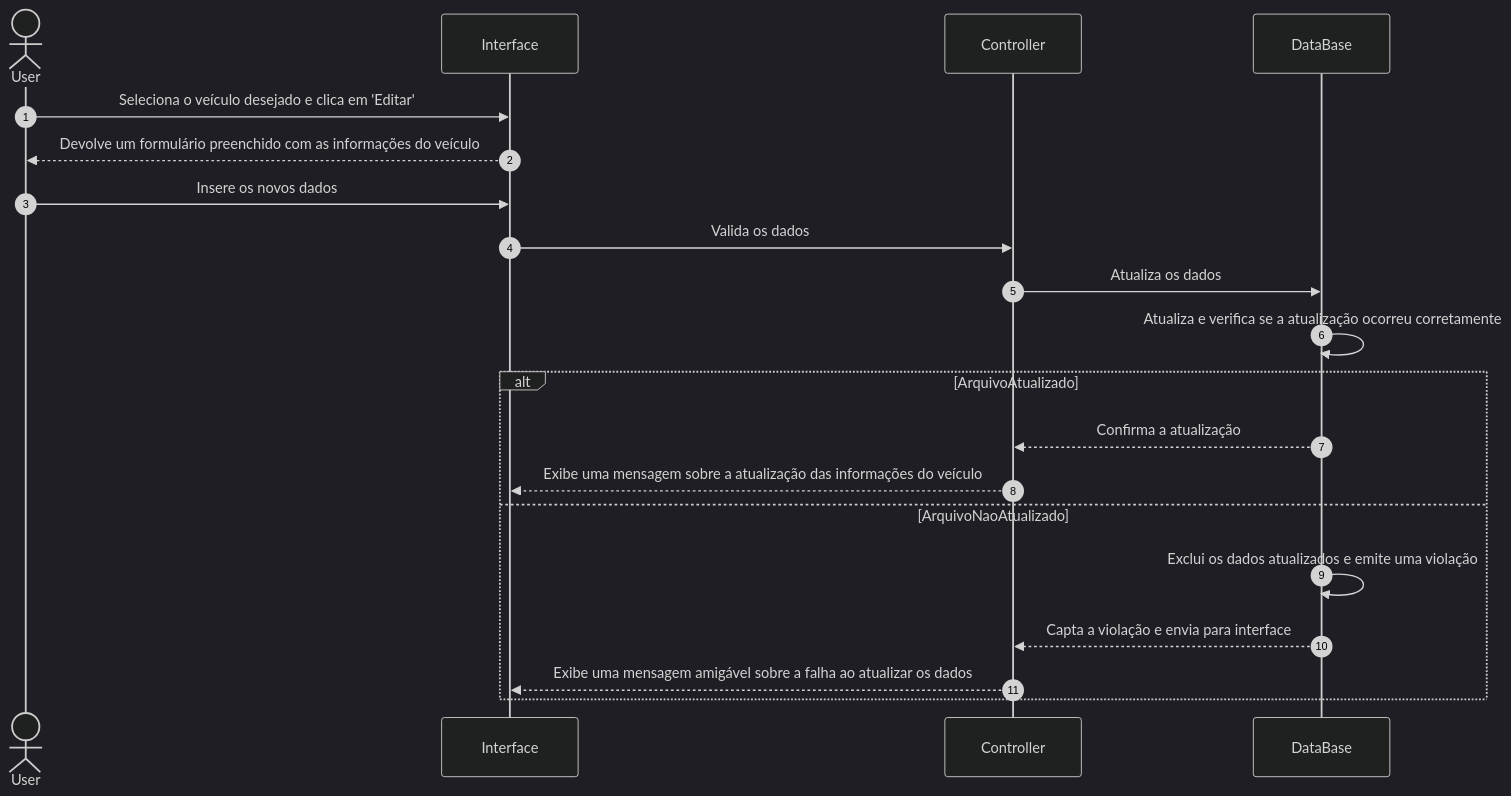
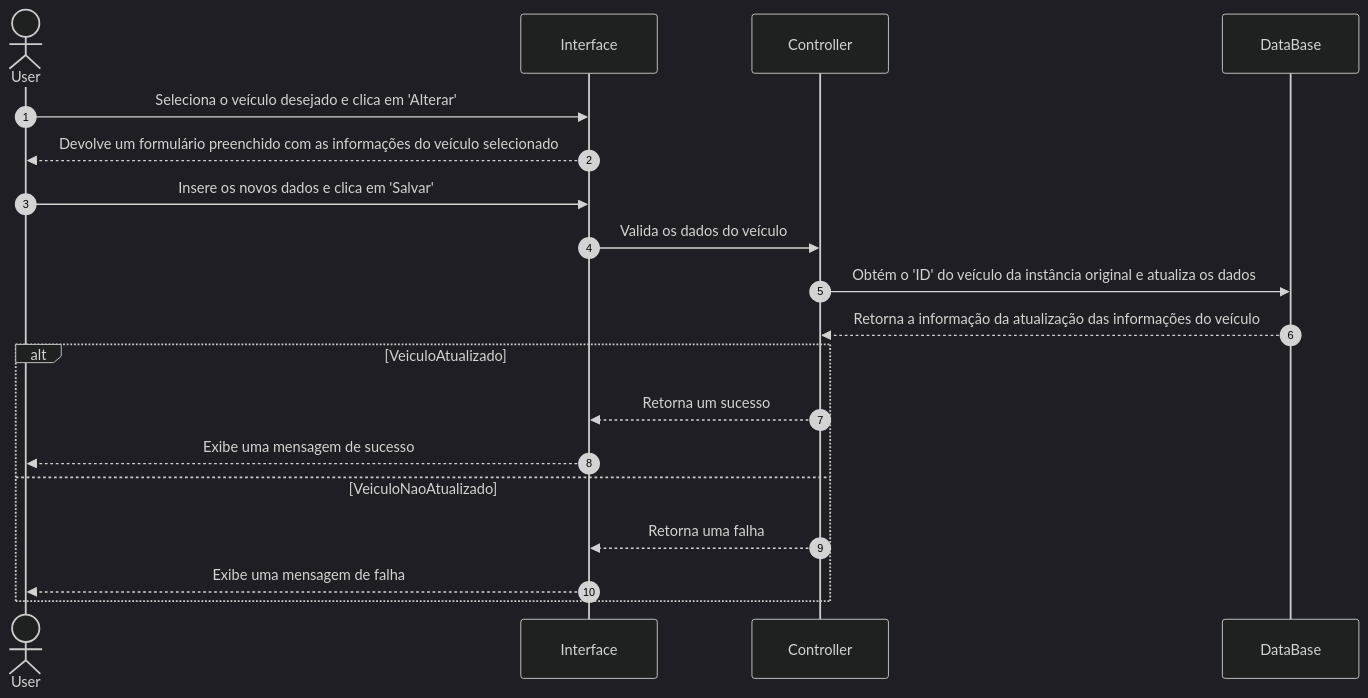
Before and after one commit to OieusouNoob/SistemaCadastroVeiculos: the second of 3 diagrams in README.md, drawn with Mermaid. The commit also changed other lines of this file and 2 other files, not shown here.

Commit message:
Correções: Correção de falhas lógicas na alteração e criação de veículo e nos diagramas de sequência

````diff
--- a/README.md
+++ b/README.md
@@ -50,36 +57,36 @@
 ```mermaid
 ---
 config: 
     theme: dark
 ---
 sequenceDiagram
     autonumber
 
     actor User
 
-    participant  Interface
-    participant  Controller
-    participant  DataBase
+    participant Interface
+    participant Controller
+    participant DataBase
 
-    User ->> Interface: Seleciona o veículo desejado e clica em 'Editar'
+    User ->> Interface: Seleciona o veículo desejado e clica em 'Alterar'
 
-    Interface -->> User: Devolve um formulário preenchido com as informações do veículo
+    Interface -->> User: Devolve um formulário preenchido com as informações do veículo selecionado
 
-    User ->> Interface: Insere os novos dados
-    Interface ->> Controller: Valida os dados
-    Controller ->> DataBase: Atualiza os dados
-    DataBase ->> DataBase: Atualiza e verifica se a atualização ocorreu corretamente
+    User ->> Interface: Insere os novos dados e clica em 'Salvar'
 
-    alt ArquivoAtualizado
+    Interface ->> Controller: Valida os dados do veículo
 
-        DataBase -->> Controller: Confirma a atualização
-        Controller -->> Interface: Exibe uma mensagem sobre a atualização das informações do veículo
-    
-    else ArquivoNaoAtualizado
-        
-        DataBase ->> DataBase: Exclui os dados atualizados e emite uma violação
-        DataBase -->> Controller: Capta a violação e envia para interface
-        Controller -->> Interface: Exibe uma mensagem amigável sobre a falha ao atualizar os dados
+    Controller ->> DataBase: Obtém o 'ID' do veículo da instância original e atualiza os dados
+
+    DataBase -->> Controller: Retorna a informação da atualização das informações do veículo
+
+    alt VeiculoAtualizado
+        Controller -->> Interface: Retorna um sucesso
+        Interface -->> User: Exibe uma mensagem de sucesso 
+
+    else VeiculoNaoAtualizado
+        Controller -->> Interface: Retorna uma falha
+        Interface -->> User: Exibe uma mensagem de falha
     end
 
 ```
````
